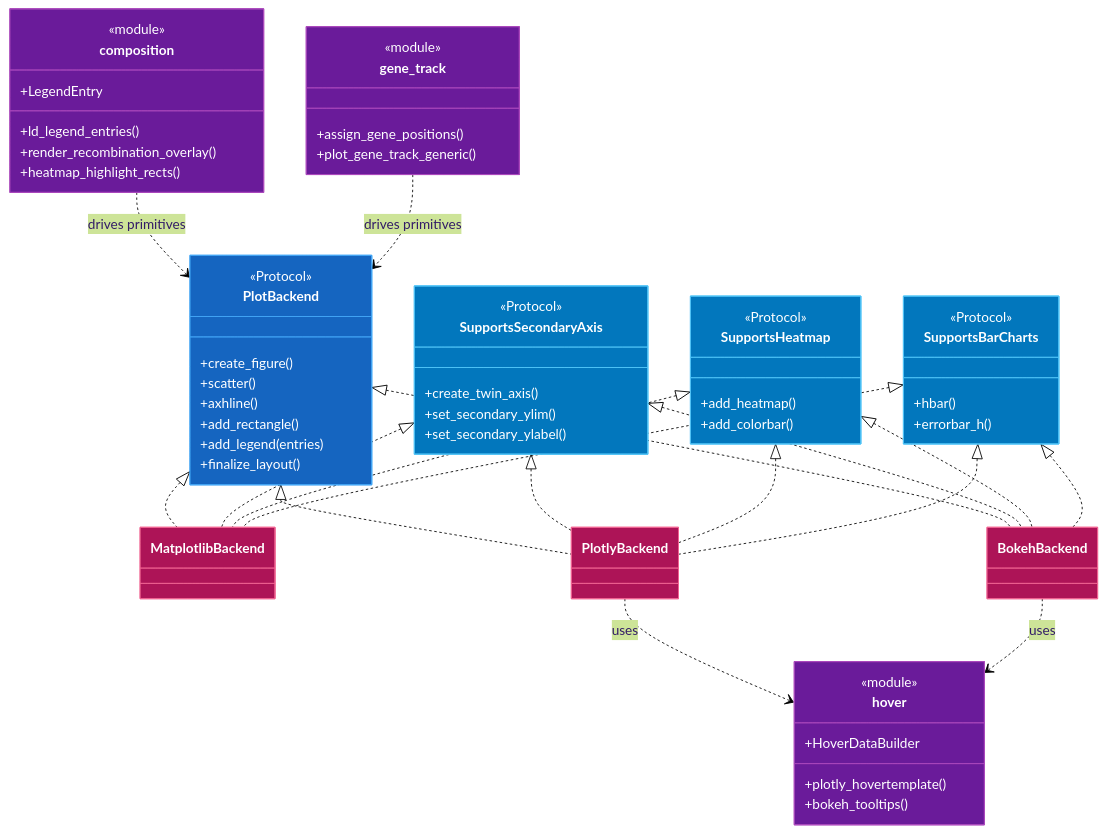
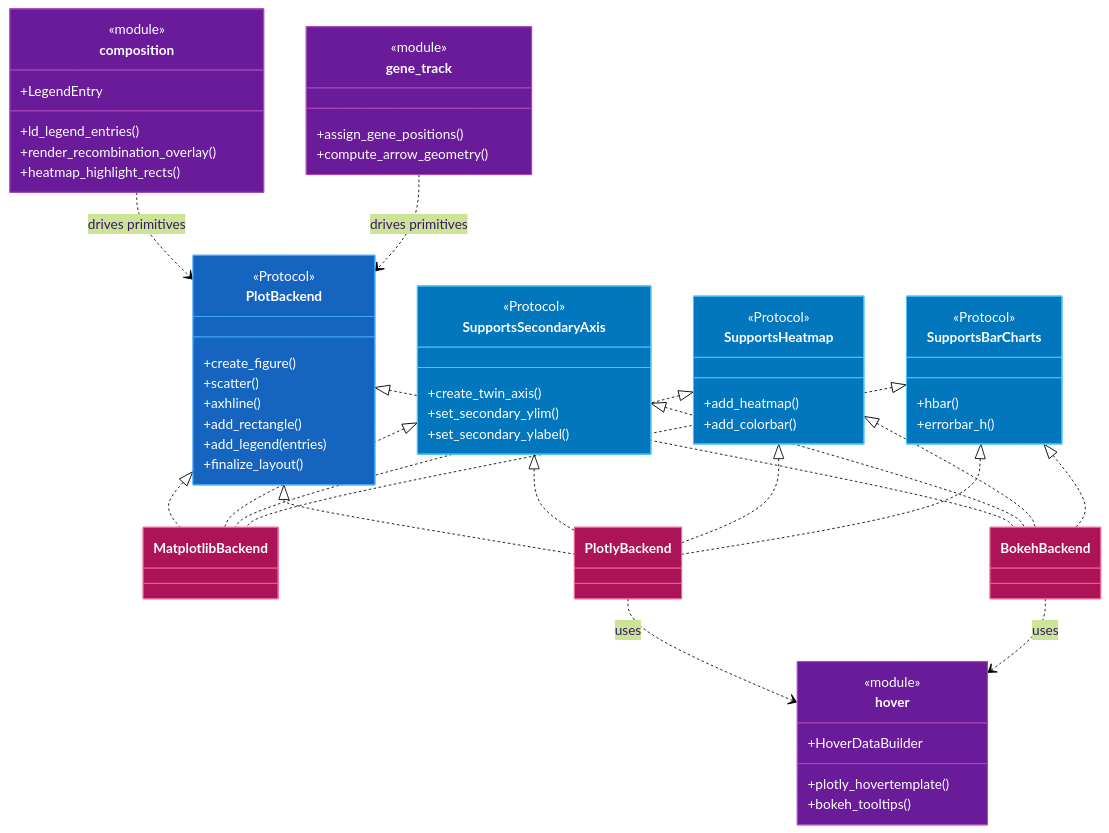
The third of 3 diagrams in docs/CODEMAP.md (michael-denyer/pyLocusZoom), drawn with Mermaid (forest theme) before and after one commit. The commit also changed other lines of this file and 23 other files, not shown here.

````diff
--- a/docs/CODEMAP.md
+++ b/docs/CODEMAP.md
@@ -354,77 +356,77 @@
 ```mermaid
 classDiagram
     class PlotBackend {
         <<Protocol>>
         +create_figure()
         +scatter()
         +axhline()
         +add_rectangle()
         +add_legend(entries)
         +finalize_layout()
     }
     class SupportsSecondaryAxis {
         <<Protocol>>
         +create_twin_axis()
         +set_secondary_ylim()
         +set_secondary_ylabel()
     }
     class SupportsHeatmap {
         <<Protocol>>
         +add_heatmap()
         +add_colorbar()
     }
     class SupportsBarCharts {
         <<Protocol>>
         +hbar()
         +errorbar_h()
     }
     class composition {
         <<module>>
         +LegendEntry
         +ld_legend_entries()
         +render_recombination_overlay()
         +heatmap_highlight_rects()
     }
     class hover {
         <<module>>
         +HoverDataBuilder
         +plotly_hovertemplate()
         +bokeh_tooltips()
     }
     class gene_track {
         <<module>>
         +assign_gene_positions()
-        +plot_gene_track_generic()
+        +compute_arrow_geometry()
     }
     class MatplotlibBackend
     class PlotlyBackend
     class BokehBackend
 
     PlotBackend <|.. MatplotlibBackend
     PlotBackend <|.. PlotlyBackend
     PlotBackend <|.. BokehBackend
     SupportsSecondaryAxis <|.. MatplotlibBackend
     SupportsSecondaryAxis <|.. PlotlyBackend
     SupportsSecondaryAxis <|.. BokehBackend
     SupportsHeatmap <|.. MatplotlibBackend
     SupportsHeatmap <|.. PlotlyBackend
     SupportsHeatmap <|.. BokehBackend
     SupportsBarCharts <|.. MatplotlibBackend
     SupportsBarCharts <|.. PlotlyBackend
     SupportsBarCharts <|.. BokehBackend
     composition ..> PlotBackend : drives primitives
     gene_track ..> PlotBackend : drives primitives
     PlotlyBackend ..> hover : uses
     BokehBackend ..> hover : uses
 
     style PlotBackend fill:#1565c0,stroke:#42a5f5,color:#ffffff
     style SupportsSecondaryAxis fill:#0277bd,stroke:#4fc3f7,color:#ffffff
     style SupportsHeatmap fill:#0277bd,stroke:#4fc3f7,color:#ffffff
     style SupportsBarCharts fill:#0277bd,stroke:#4fc3f7,color:#ffffff
     style MatplotlibBackend fill:#ad1457,stroke:#f06292,color:#ffffff
     style PlotlyBackend fill:#ad1457,stroke:#f06292,color:#ffffff
     style BokehBackend fill:#ad1457,stroke:#f06292,color:#ffffff
     style composition fill:#6a1b9a,stroke:#ab47bc,color:#ffffff
     style hover fill:#6a1b9a,stroke:#ab47bc,color:#ffffff
     style gene_track fill:#6a1b9a,stroke:#ab47bc,color:#ffffff
 ```
````
